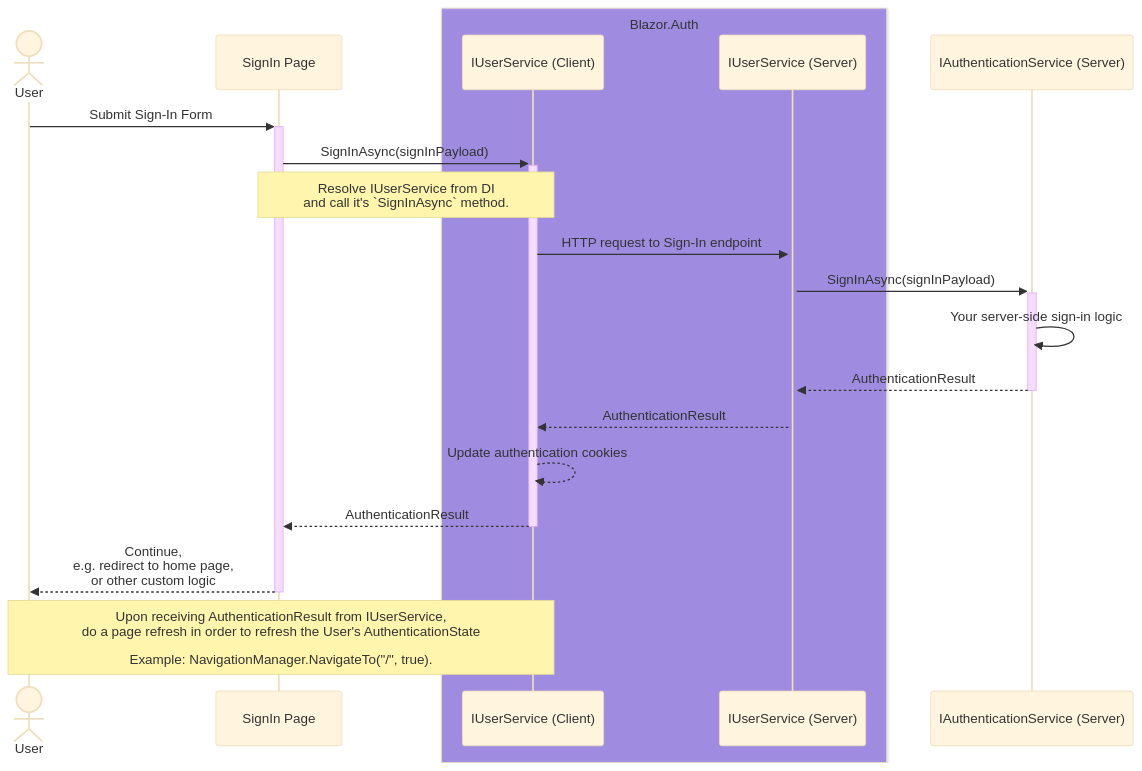
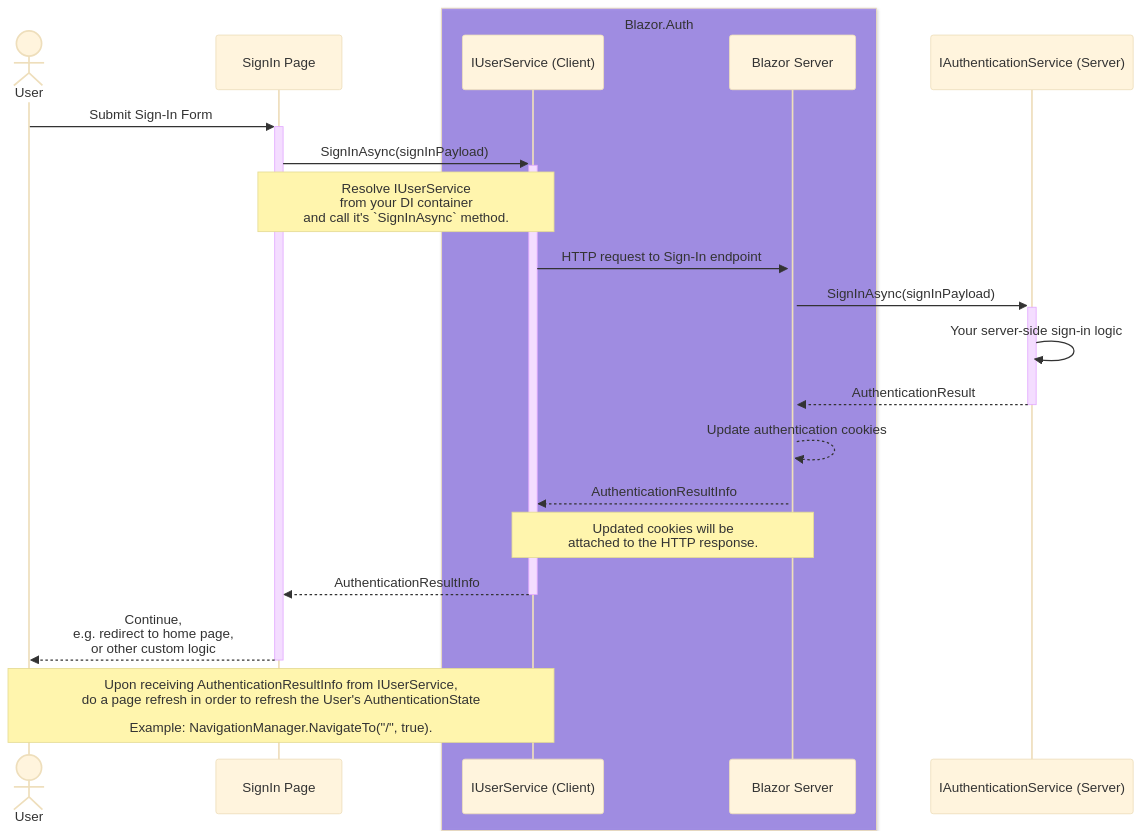
The first of 3 diagrams in docs/src/04.use-cases/02.interactive-webassembly.md (BitzArt/Blazor.Auth), drawn with Mermaid (base theme) before and after one commit. The commit also changed other lines of this file and 5 other files, not shown here.

````diff
--- a/docs/src/04.use-cases/02.interactive-webassembly.md
+++ b/docs/src/04.use-cases/02.interactive-webassembly.md
@@ -9,30 +9,32 @@
 ```mermaid
 sequenceDiagram
 
 actor user as User
 participant page as SignIn Page
 
 box rgba(101, 63, 232, 0.5) Blazor.Auth
 participant userServiceClient as IUserService (Client)
-participant userServiceServer as IUserService (Server)
+participant userServiceServer as Blazor Server
 end
 
 participant authService as IAuthenticationService (Server)
 
 user ->>+ page: Submit Sign-In Form
 page ->>+ userServiceClient: SignInAsync(signInPayload)
-note over page,userServiceClient: Resolve IUserService from DI<br/> and call it's `SignInAsync` method.
+note over page,userServiceClient: Resolve IUserService <br/> from your DI container<br/> and call it's `SignInAsync` method.
 userServiceClient ->>+ userServiceServer: HTTP request to Sign-In endpoint
 
 userServiceServer ->>+ authService: SignInAsync(signInPayload)
 authService ->> authService: Your server-side sign-in logic
 
 authService -->>- userServiceServer: AuthenticationResult
-userServiceServer -->> userServiceClient: AuthenticationResult
-userServiceClient -->> userServiceClient: Update authentication cookies
+userServiceServer -->> userServiceServer: Update authentication cookies
+userServiceServer -->> userServiceClient: AuthenticationResultInfo
 
-userServiceClient -->>- page: AuthenticationResult
+note over userServiceClient,userServiceServer: Updated cookies will be<br/>attached to the HTTP response.
+
+userServiceClient -->>- page: AuthenticationResultInfo
 page -->>- user: Continue, <br/> e.g. redirect to home page, <br/> or other custom logic
 
-note over user,userServiceClient: Upon receiving AuthenticationResult from IUserService, <br/> do a page refresh in order to refresh the User's AuthenticationState<br/><br/> Example: NavigationManager.NavigateTo("/", true).
+note over user,userServiceClient: Upon receiving AuthenticationResultInfo from IUserService, <br/> do a page refresh in order to refresh the User's AuthenticationState<br/><br/> Example: NavigationManager.NavigateTo("/", true).
 ```
````
